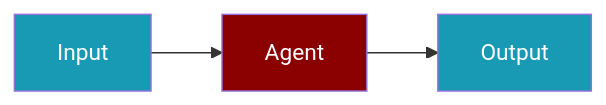
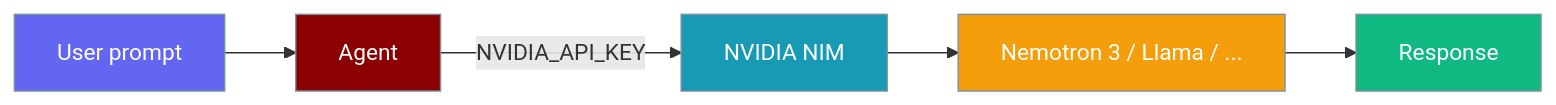
One commit to MervinPraison/PraisonAIDocs changed the diagram in docs/js/providers/nvidia-nim-code.mdx. Above: the diagram before and after it, drawn with Mermaid. The commit also changed other lines of this file and 3 other files, not shown here.

Commit message:
docs(js): rewrite NVIDIA NIM provider pages for shipped TS implementation (fixes #4583)

````diff
--- a/docs/js/providers/nvidia-nim-code.mdx
+++ b/docs/js/providers/nvidia-nim-code.mdx
@@ -7,11 +10,19 @@
 ```mermaid
 graph LR
-    U[Input] --> A[Agent]
-    A --> O[Output]
+    U[User prompt] --> A[Agent]
+    A -->|NVIDIA_API_KEY| N[NVIDIA NIM]
+    N --> M[Nemotron 3 / Llama / ...]
+    M --> R[Response]
 
-    classDef agent fill:#8B0000,color:#fff
-    classDef tool fill:#189AB4,color:#fff
+    classDef in fill:#6366F1,stroke:#7C90A0,color:#fff
+    classDef agent fill:#8B0000,stroke:#7C90A0,color:#fff
+    classDef edge fill:#189AB4,stroke:#7C90A0,color:#fff
+    classDef model fill:#F59E0B,stroke:#7C90A0,color:#fff
+    classDef out fill:#10B981,stroke:#7C90A0,color:#fff
 
+    class U in
     class A agent
-    class U,O tool
+    class N edge
+    class M model
+    class R out
 ```
````
